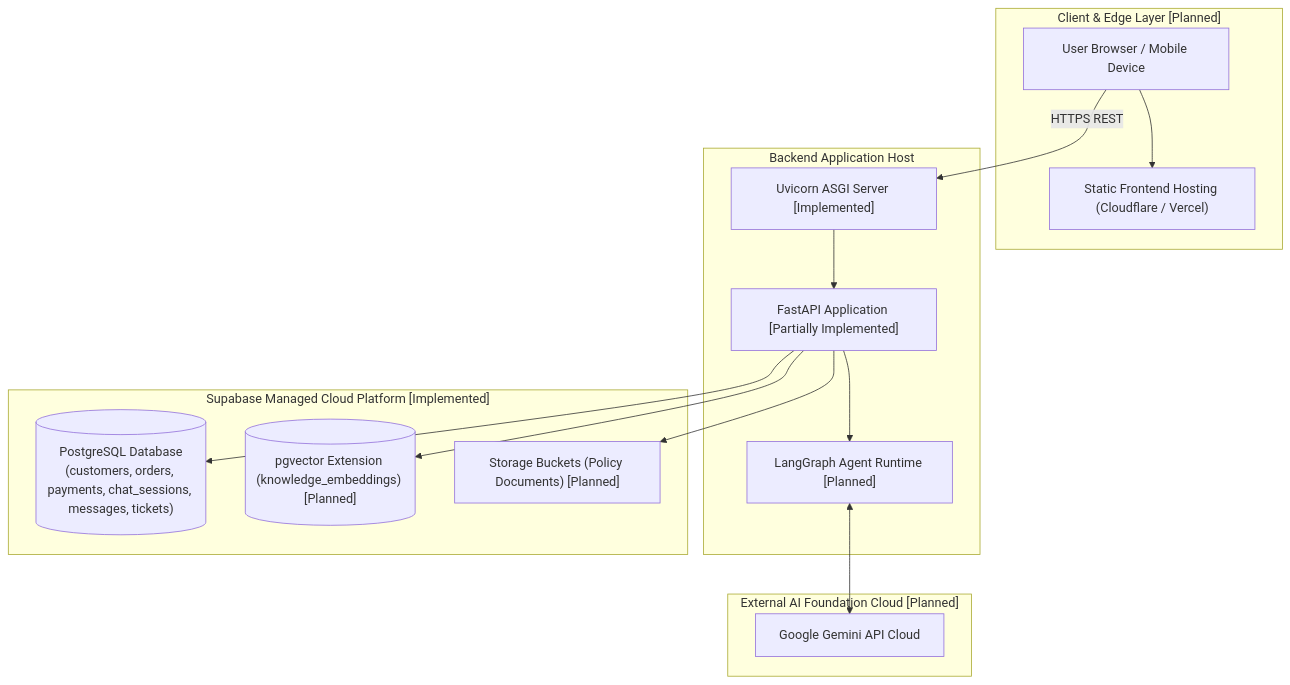
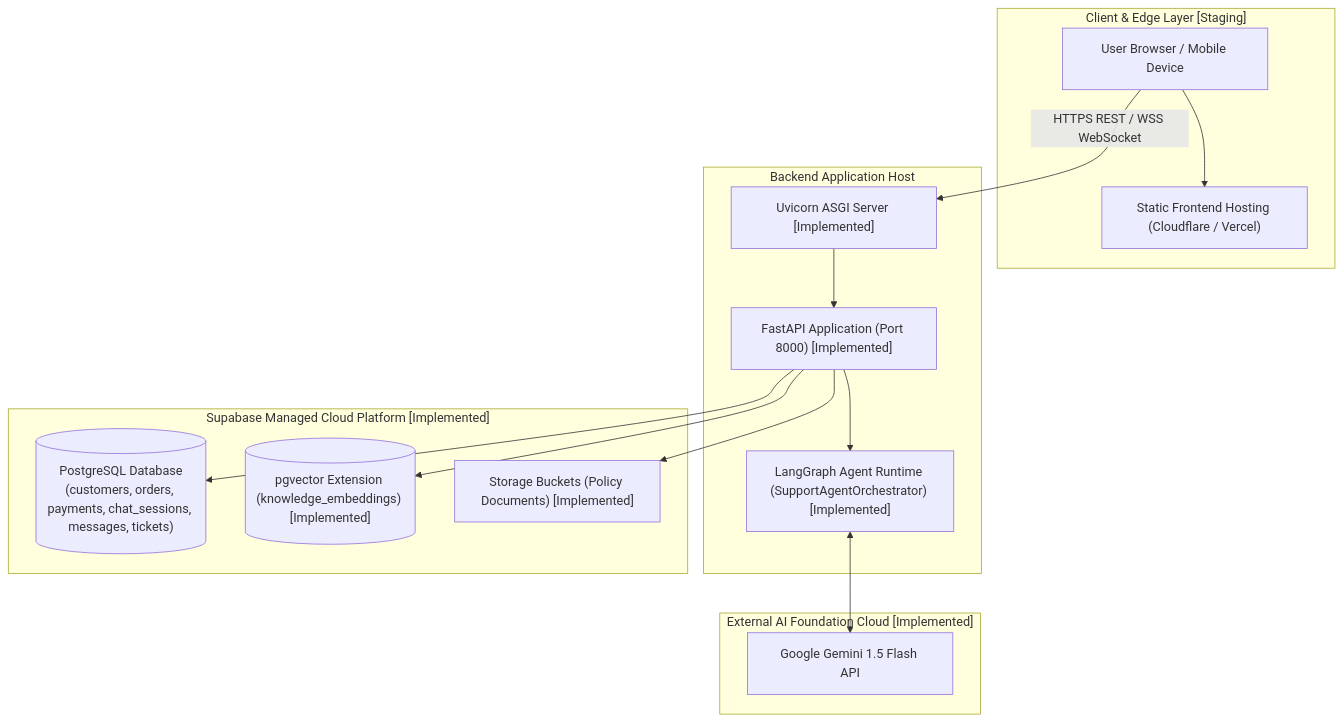
The sixth of 9 diagrams in docs/architecture.md (princeVerma73/ResolveX), drawn with Mermaid before and after one commit. The commit also changed other lines of this file, not shown here.

Commit message:
docs: add comprehensive system architecture and technical design reference

````diff
--- a/docs/architecture.md
+++ b/docs/architecture.md
@@ -666,32 +670,32 @@
 ```mermaid
 graph TB
-    subgraph ClientEdge ["Client & Edge Layer [Planned]"]
+    subgraph ClientEdge ["Client & Edge Layer [Staging]"]
         UserDevice["User Browser / Mobile Device"]
         CDN["Static Frontend Hosting (Cloudflare / Vercel)"]
     end
 
     subgraph BackendHost ["Backend Application Host"]
         UvicornServer["Uvicorn ASGI Server [Implemented]"]
-        FastAPIApp["FastAPI Application [Partially Implemented]"]
-        AgentRuntime["LangGraph Agent Runtime [Planned]"]
+        FastAPIApp["FastAPI Application (Port 8000) [Implemented]"]
+        AgentRuntime["LangGraph Agent Runtime (SupportAgentOrchestrator) [Implemented]"]
     end
 
     subgraph SupabaseCloud ["Supabase Managed Cloud Platform [Implemented]"]
         PostgresDB[("PostgreSQL Database\n(customers, orders, payments, chat_sessions, messages, tickets)")]
-        VectorStore[("pgvector Extension (knowledge_embeddings) [Planned]")]
-        StorageBuckets["Storage Buckets (Policy Documents) [Planned]"]
+        VectorStore[("pgvector Extension (knowledge_embeddings) [Implemented]")]
+        StorageBuckets["Storage Buckets (Policy Documents) [Implemented]"]
     end
 
-    subgraph LLMCloud ["External AI Foundation Cloud [Planned]"]
-        GeminiAPI["Google Gemini API Cloud"]
+    subgraph LLMCloud ["External AI Foundation Cloud [Implemented]"]
+        GeminiAPI["Google Gemini 1.5 Flash API"]
     end
 
     UserDevice --> CDN
-    UserDevice -->|HTTPS REST| UvicornServer
+    UserDevice -->|HTTPS REST / WSS WebSocket| UvicornServer
     UvicornServer --> FastAPIApp
     FastAPIApp --> AgentRuntime
     AgentRuntime <--> GeminiAPI
     FastAPIApp --> PostgresDB
     FastAPIApp --> VectorStore
     FastAPIApp --> StorageBuckets
 ```
````
